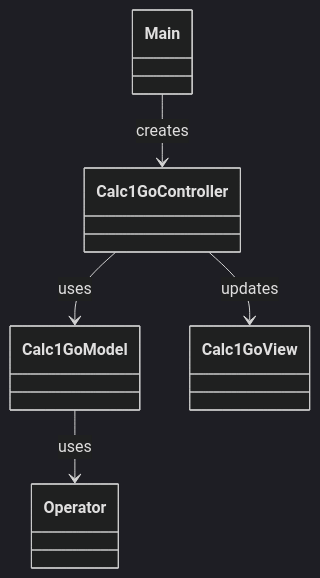
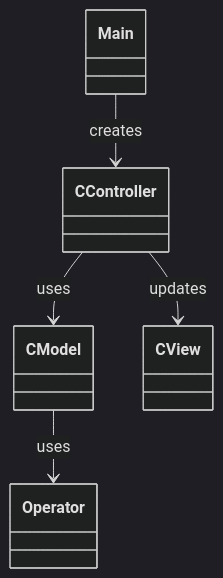
The first of 2 diagrams in README.md (mkunori/Calculator1Go), drawn with Mermaid (dark theme) before and after one commit. The commit also changed other lines of this file and 4 other files, not shown here.

````diff
--- a/README.md
+++ b/README.md
@@ -42,14 +42,14 @@
 ```mermaid
 classDiagram
 
 class Main
-class Calc1GoModel
-class Calc1GoView
-class Calc1GoController
+class CModel
+class CView
+class CController
 class Operator
 
-Main --> Calc1GoController : creates
-Calc1GoController --> Calc1GoModel : uses
-Calc1GoController --> Calc1GoView : updates
-Calc1GoModel --> Operator : uses
+Main --> CController : creates
+CController --> CModel : uses
+CController --> CView : updates
+CModel --> Operator : uses
 ```
````
